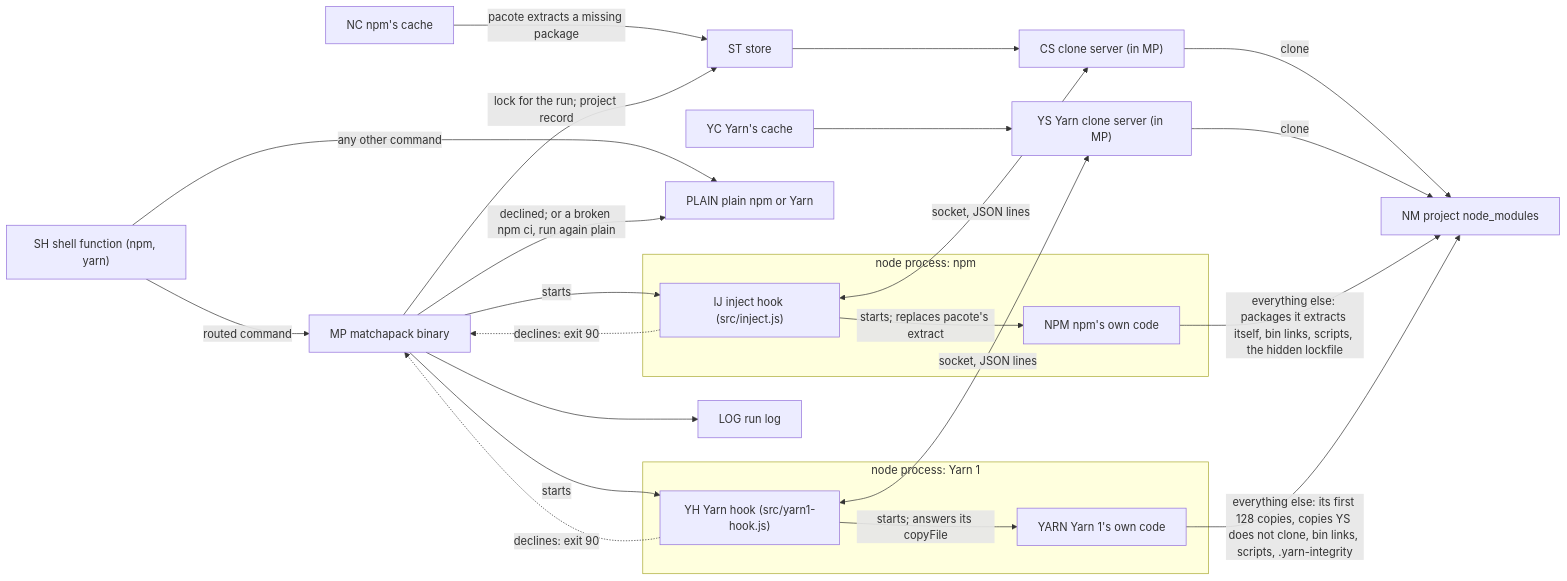
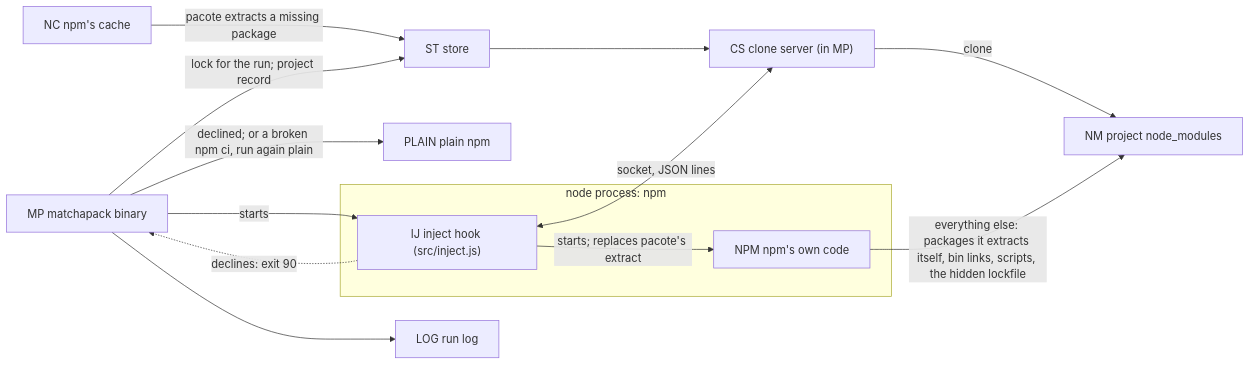
One commit to grimmerk/matchapack changed the second of 3 diagrams in docs/architecture.md. Above: the diagram before and after it, drawn with Mermaid. The commit also changed other lines of this file, not shown here.

First line of the commit message:
architecture: D1 as an overview; D1a, D1b for each engine's parts

````diff
--- a/docs/architecture.md
+++ b/docs/architecture.md
@@ -52,27 +161,16 @@
 ```mermaid
 flowchart LR
-  SH["SH shell function (npm, yarn)"] -->|routed command| MP["MP matchapack binary"]
-  SH -->|any other command| PLAIN["PLAIN plain npm or Yarn"]
-  MP -->|"declined; or a broken npm ci, run again plain"| PLAIN
+  MP["MP matchapack binary"] -->|"declined; or a broken npm ci, run again plain"| PLAIN["PLAIN plain npm"]
+  MP -->|starts| IJ
   subgraph npmproc ["node process: npm"]
     IJ["IJ inject hook (src/inject.js)"] -->|"starts; replaces pacote's extract"| NPM["NPM npm's own code"]
   end
-  subgraph yarnproc ["node process: Yarn 1"]
-    YH["YH Yarn hook (src/yarn1-hook.js)"] -->|"starts; answers its copyFile"| YARN["YARN Yarn 1's own code"]
-  end
-  MP -->|starts| IJ
-  MP -->|starts| YH
   IJ -.->|"declines: exit 90"| MP
-  YH -.->|"declines: exit 90"| MP
   IJ <-->|socket, JSON lines| CS["CS clone server (in MP)"]
-  YH <-->|socket, JSON lines| YS["YS Yarn clone server (in MP)"]
   NC["NC npm's cache"] -->|pacote extracts a missing package| ST["ST store"]
+  MP -->|"lock for the run; project record"| ST
+  ST --> CS
   CS -->|clone| NM["NM project node_modules"]
-  ST --> CS
-  MP -->|"lock for the run; project record"| ST
-  YC["YC Yarn's cache"] --> YS
-  YS -->|clone| NM
   NPM -->|"everything else: packages it extracts itself, bin links, scripts, the hidden lockfile"| NM
-  YARN -->|"everything else: its first 128 copies, copies YS does not clone, bin links, scripts, .yarn-integrity"| NM
   MP --> LOG["LOG run log"]
 ```
````
